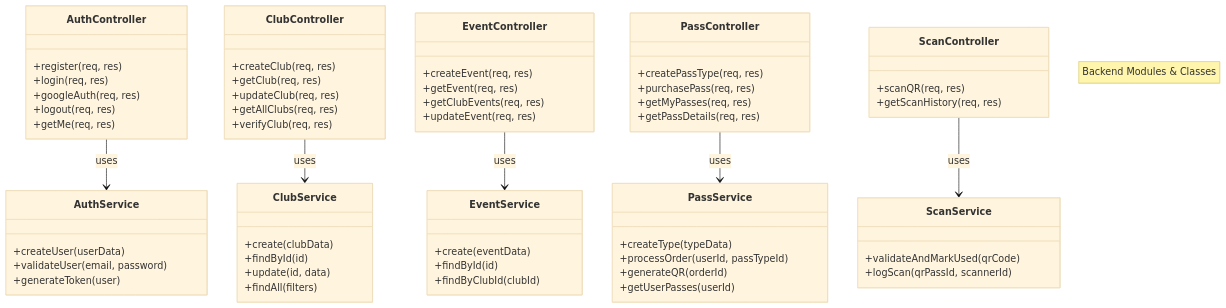
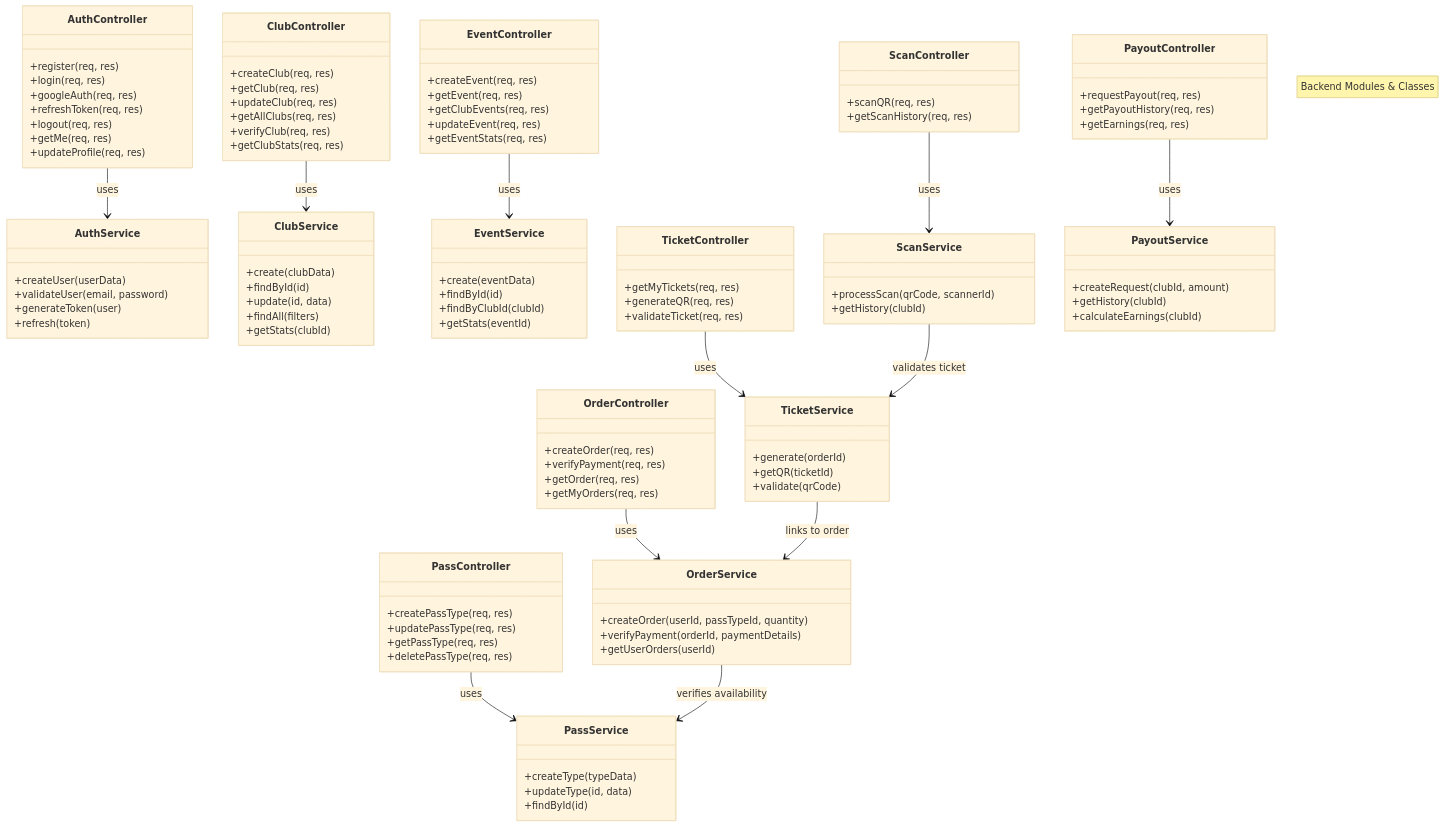
Before and after one commit to CodeMaverick-143/Qrazy: the first of 2 diagrams in SESD/UML.md, drawn with Mermaid (base theme).

````diff
--- a/SESD/UML.md
+++ b/SESD/UML.md
@@ -14,14 +14,17 @@
         +register(req, res)
         +login(req, res)
         +googleAuth(req, res)
+        +refreshToken(req, res)
         +logout(req, res)
         +getMe(req, res)
+        +updateProfile(req, res)
     }
 
     class AuthService {
         +createUser(userData)
         +validateUser(email, password)
         +generateToken(user)
+        +refresh(token)
     }
 
     class ClubController {
@@ -30,6 +33,7 @@
         +updateClub(req, res)
         +getAllClubs(req, res)
         +verifyClub(req, res)
+        +getClubStats(req, res)
     }
 
     class ClubService {
@@ -37,6 +41,7 @@
         +findById(id)
         +update(id, data)
         +findAll(filters)
+        +getStats(clubId)
     }
 
     class EventController {
@@ -44,26 +49,52 @@
         +getEvent(req, res)
         +getClubEvents(req, res)
         +updateEvent(req, res)
+        +getEventStats(req, res)
     }
 
     class EventService {
         +create(eventData)
         +findById(id)
         +findByClubId(clubId)
+        +getStats(eventId)
     }
 
     class PassController {
         +createPassType(req, res)
-        +purchasePass(req, res)
-        +getMyPasses(req, res)
-        +getPassDetails(req, res)
+        +updatePassType(req, res)
+        +getPassType(req, res)
+        +deletePassType(req, res)
     }
 
     class PassService {
         +createType(typeData)
-        +processOrder(userId, passTypeId)
-        +generateQR(orderId)
-        +getUserPasses(userId)
+        +updateType(id, data)
+        +findById(id)
+    }
+    
+    class OrderController {
+        +createOrder(req, res)
+        +verifyPayment(req, res)
+        +getOrder(req, res)
+        +getMyOrders(req, res)
+    }
+
+    class OrderService {
+        +createOrder(userId, passTypeId, quantity)
+        +verifyPayment(orderId, paymentDetails)
+        +getUserOrders(userId)
+    }
+
+    class TicketController {
+        +getMyTickets(req, res)
+        +generateQR(req, res)
+        +validateTicket(req, res)
+    }
+
+    class TicketService {
+        +generate(orderId)
+        +getQR(ticketId)
+        +validate(qrCode)
     }
 
     class ScanController {
@@ -72,13 +103,32 @@
     }
 
     class ScanService {
-        +validateAndMarkUsed(qrCode)
-        +logScan(qrPassId, scannerId)
+        +processScan(qrCode, scannerId)
+        +getHistory(clubId)
+    }
+
+    class PayoutController {
+        +requestPayout(req, res)
+        +getPayoutHistory(req, res)
+        +getEarnings(req, res)
+    }
+
+    class PayoutService {
+        +createRequest(clubId, amount)
+        +getHistory(clubId)
+        +calculateEarnings(clubId)
     }
 
     AuthController --> AuthService : uses
     ClubController --> ClubService : uses
     EventController --> EventService : uses
     PassController --> PassService : uses
+    OrderController --> OrderService : uses
+    TicketController --> TicketService : uses
     ScanController --> ScanService : uses
+    PayoutController --> PayoutService : uses
+
+    OrderService --> PassService : verifies availability
+    TicketService --> OrderService : links to order
+    ScanService --> TicketService : validates ticket
 ```
````
